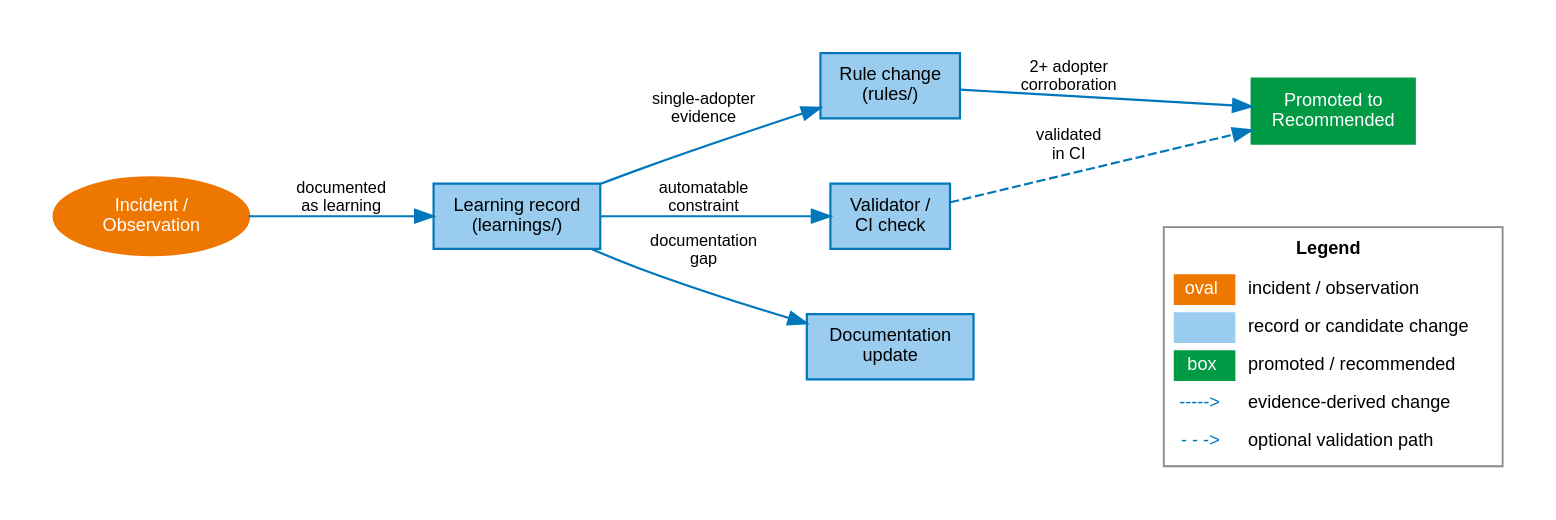
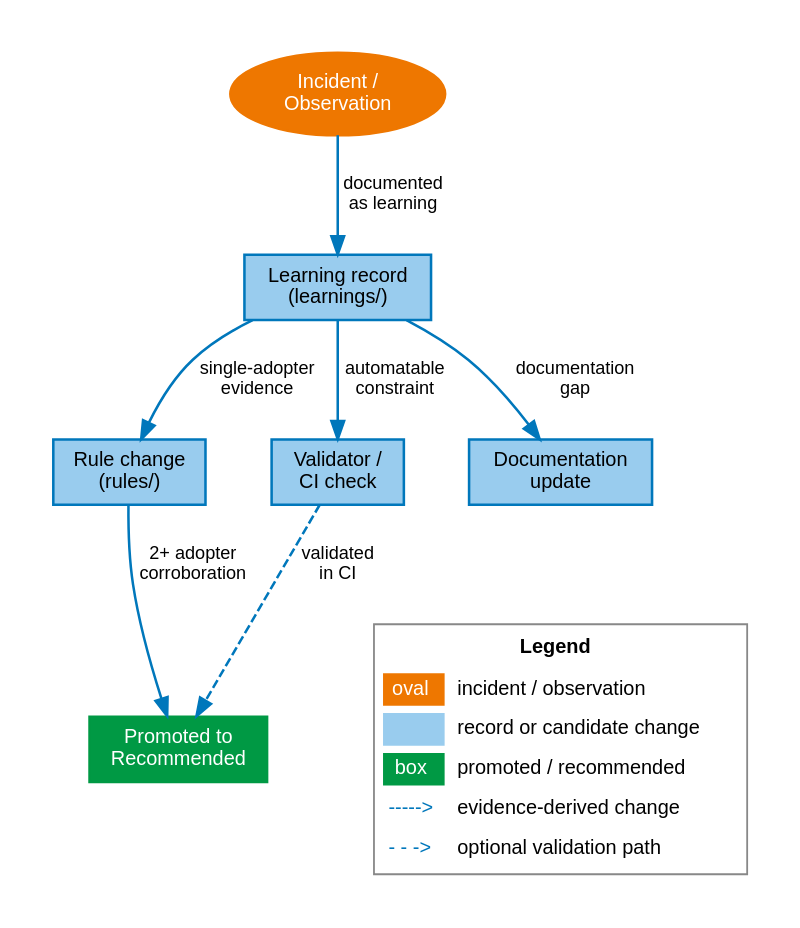
The diagram in agf/docs/figures/src/evidence-lifecycle.dot (janipaijanen/agf-mirror), drawn with Graphviz before and after one commit. The commit also changed 32 other files, not shown here.

Commit message:
docs: normalize figure readability standards

```diff
--- a/agf/docs/figures/src/evidence-lifecycle.dot
+++ b/agf/docs/figures/src/evidence-lifecycle.dot
@@ -1,40 +1,40 @@
 // SPDX-License-Identifier: CC-BY-SA-4.0
 // agents-govern: evidence lifecycle (incident → learning → improvement)
 // Generate: dot -Tsvg evidence-lifecycle.dot -o ../evidence-lifecycle.svg
 digraph evidence_lifecycle {
-    graph [rankdir=LR, splines=spline, pad=0.3, nodesep=0.5, ranksep=0.6,
-           fontname="Helvetica", fontsize=11]
-    node  [fontname="Helvetica", fontsize=10, style=filled, shape=box,
-           fillcolor="#99CCEE", color="#0077BB", penwidth=1.2]
-    edge  [fontname="Helvetica", fontsize=9, color="#0077BB", penwidth=1.2]
+    graph [rankdir=TB, splines=spline, pad=0.3, nodesep=0.5, ranksep=0.6,
+           bgcolor=white, fontname="Helvetica", fontsize=12]
+    node  [fontname="Helvetica", fontsize=11, style=filled, shape=box,
+           fillcolor="#99CCEE", color="#0077BB", penwidth=1.4]
+    edge  [fontname="Helvetica", fontsize=10, color="#0077BB", penwidth=1.4]
 
     incident  [label="Incident /\nObservation", shape=ellipse,
                fillcolor="#EE7700", fontcolor=white, color="#EE7700"]
     learning  [label="Learning record\n(learnings/)", fillcolor="#99CCEE"]
     rule      [label="Rule change\n(rules/)", fillcolor="#99CCEE"]
     tool      [label="Validator /\nCI check", fillcolor="#99CCEE"]
     doc       [label="Documentation\nupdate", fillcolor="#99CCEE"]
     promoted  [label="Promoted to\nRecommended", fillcolor="#009944",
                fontcolor=white, color="#009944"]
 
     incident -> learning [label="documented\nas learning"]
     learning -> rule     [label="single-adopter\nevidence"]
     learning -> tool     [label="automatable\nconstraint"]
     learning -> doc      [label="documentation\ngap"]
     rule     -> promoted [label="2+ adopter\ncorroboration"]
     tool     -> promoted [style=dashed, label="validated\nin CI"]
 
     {rank=same; rule tool doc}
 
     legend [shape=plain, label=<
         <TABLE BORDER="1" CELLBORDER="0" CELLSPACING="4" CELLPADDING="3" COLOR="#888888" BGCOLOR="white">
             <TR><TD COLSPAN="2"><B>Legend</B></TD></TR>
             <TR><TD BGCOLOR="#EE7700" WIDTH="28"><FONT COLOR="white">oval</FONT></TD><TD ALIGN="LEFT">incident / observation</TD></TR>
             <TR><TD BGCOLOR="#99CCEE" WIDTH="28"></TD><TD ALIGN="LEFT">record or candidate change</TD></TR>
             <TR><TD BGCOLOR="#009944" WIDTH="28"><FONT COLOR="white">box</FONT></TD><TD ALIGN="LEFT">promoted / recommended</TD></TR>
             <TR><TD><FONT COLOR="#0077BB">-----&gt;</FONT></TD><TD ALIGN="LEFT">evidence-derived change</TD></TR>
             <TR><TD><FONT COLOR="#0077BB">- - -&gt;</FONT></TD><TD ALIGN="LEFT">optional validation path</TD></TR>
         </TABLE>
     >]
     doc -> legend [style=invis]
 }
```
